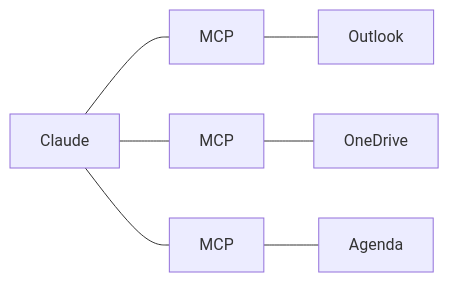
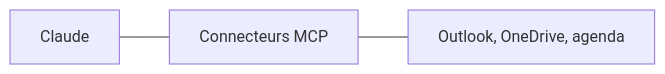
Before and after one commit to DeveloPassion/atelier-ia-ecole-direction: the diagram in src/parts/4 - IA générative et IA agentique.md, drawn with Mermaid. The commit also changed other lines of this file and 12 other files, not shown here.

````diff
--- a/src/parts/4 - IA générative et IA agentique.md
+++ b/src/parts/4 - IA générative et IA agentique.md
@@ -109,6 +108,4 @@
 ```mermaid
 flowchart LR
-  C[Claude] --- M1[MCP] --- O[Outlook]
-  C --- M2[MCP] --- D[OneDrive]
-  C --- M3[MCP] --- A[Agenda]
+  C[Claude] --- M[Connecteurs MCP] --- O[Outlook, OneDrive, agenda]
 ```
````
